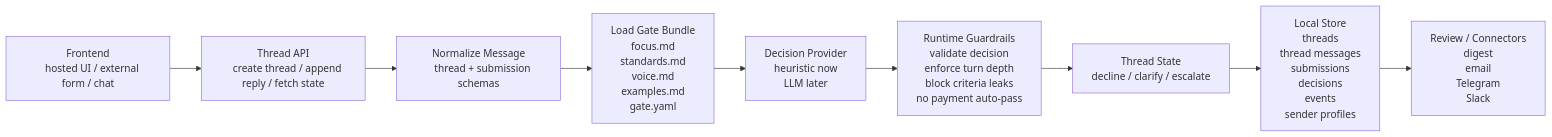
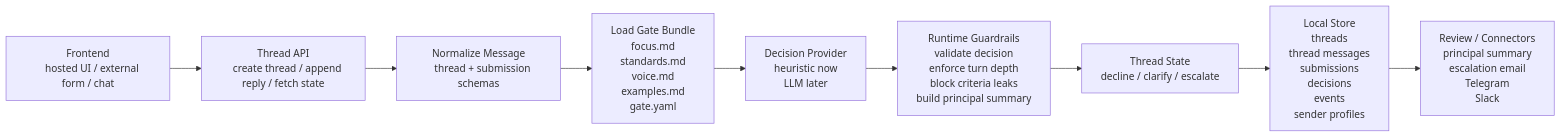
Before and after one commit to nvsudo/opengates: the diagram in oss/README.md, drawn with Mermaid. The commit also changed other lines of this file and 59 other files, not shown here.

````diff
--- a/oss/README.md
+++ b/oss/README.md
@@ -14,36 +20,36 @@
 ```mermaid
 flowchart LR
     A["Frontend
     hosted UI / external form / chat"] --> B["Thread API
     create thread / append reply / fetch state"]
     B --> C["Normalize Message
     thread + submission schemas"]
     C --> D["Load Gate Bundle
     focus.md
     standards.md
     voice.md
     examples.md
     gate.yaml"]
     D --> E["Decision Provider
     heuristic now
     LLM later"]
     E --> F["Runtime Guardrails
     validate decision
     enforce turn depth
     block criteria leaks
-    no payment auto-pass"]
+    build principal summary"]
     F --> G["Thread State
     decline / clarify / escalate"]
     G --> H["Local Store
     threads
     thread messages
     submissions
     decisions
     events
     sender profiles"]
     H --> I["Review / Connectors
-    digest
-    email
+    principal summary
+    escalation email
     Telegram
     Slack"]
 ```
````
